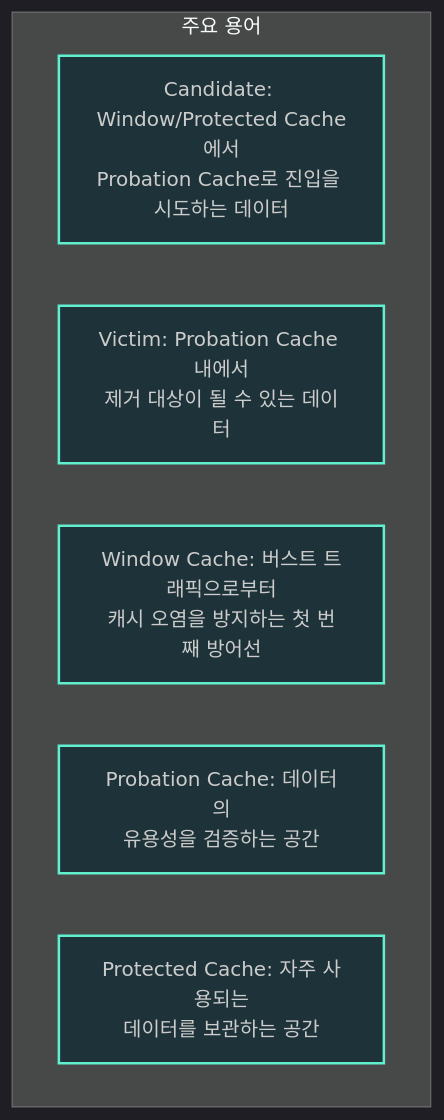
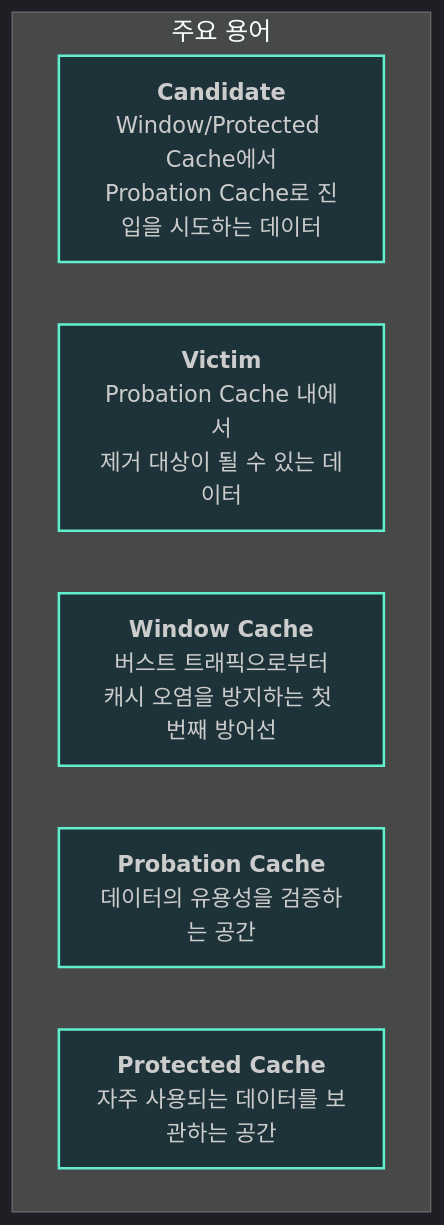
The third of 3 diagrams in _posts/2023-01-01-SUWIKI-4.md (K-Diger/K-Diger.github.io), drawn with Mermaid before and after one commit.

Commit message:
Caffeine Cache

````diff
--- a/_posts/2023-01-01-SUWIKI-4.md
+++ b/_posts/2023-01-01-SUWIKI-4.md
@@ -114,14 +114,22 @@
 ```mermaid
-%%{init: { 'theme':'dark' }}%%
+%%{init: { 'theme':'dark', 'themeVariables': { 'fontSize': '20px' } }}%%
 graph TD
-    subgraph Terms["주요 용어"]
-        T1["Candidate: Window/Protected Cache에서<br/>Probation Cache로 진입을 시도하는 데이터"]
-        T2["Victim: Probation Cache 내에서<br/>제거 대상이 될 수 있는 데이터"]
-        T3["Window Cache: 버스트 트래픽으로부터<br/>캐시 오염을 방지하는 첫 번째 방어선"]
-        T4["Probation Cache: 데이터의<br/>유용성을 검증하는 공간"]
-        T5["Protected Cache: 자주 사용되는<br/>데이터를 보관하는 공간"]
-    end
+   subgraph Terms["주요 용어"]
+       T1["`**Candidate**
+       Window/Protected Cache에서
+       Probation Cache로 진입을 시도하는 데이터`"]
+       T2["`**Victim**
+       Probation Cache 내에서
+       제거 대상이 될 수 있는 데이터`"]
+       T3["`**Window Cache**
+       버스트 트래픽으로부터
+       캐시 오염을 방지하는 첫 번째 방어선`"]
+       T4["`**Probation Cache**
+       데이터의 유용성을 검증하는 공간`"]
+       T5["`**Protected Cache**
+       자주 사용되는 데이터를 보관하는 공간`"]
+   end
 
-    classDef termBox fill:#1e3339,stroke:#61efce,stroke-width:2px
-    class T1,T2,T3,T4,T5 termBox
+   classDef termBox fill:#1e3339,stroke:#61efce,stroke-width:2px,font-size:18px
+   class T1,T2,T3,T4,T5 termBox
 ```
````
